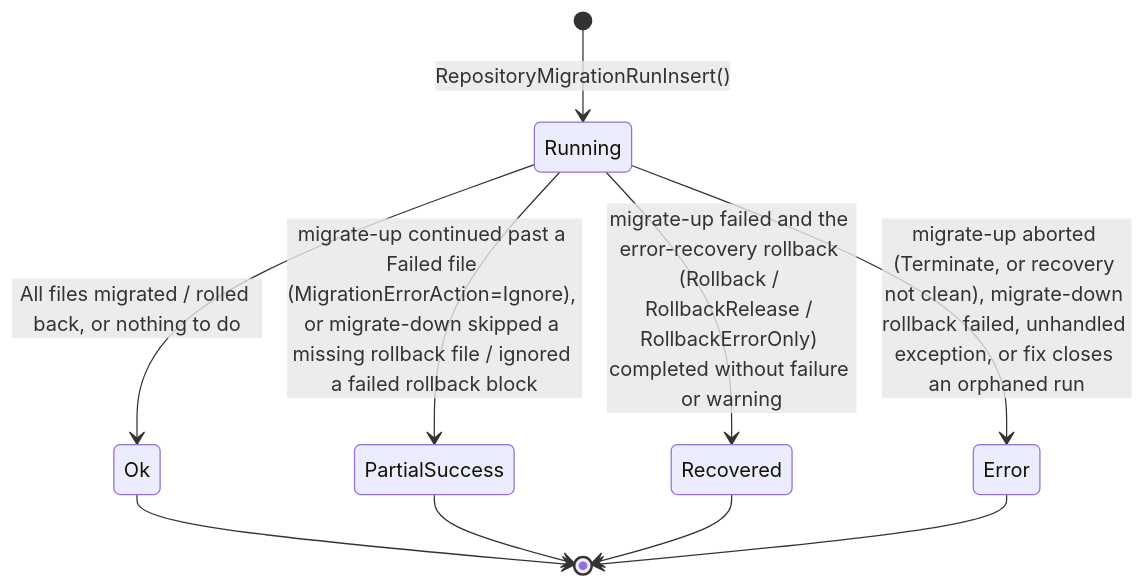
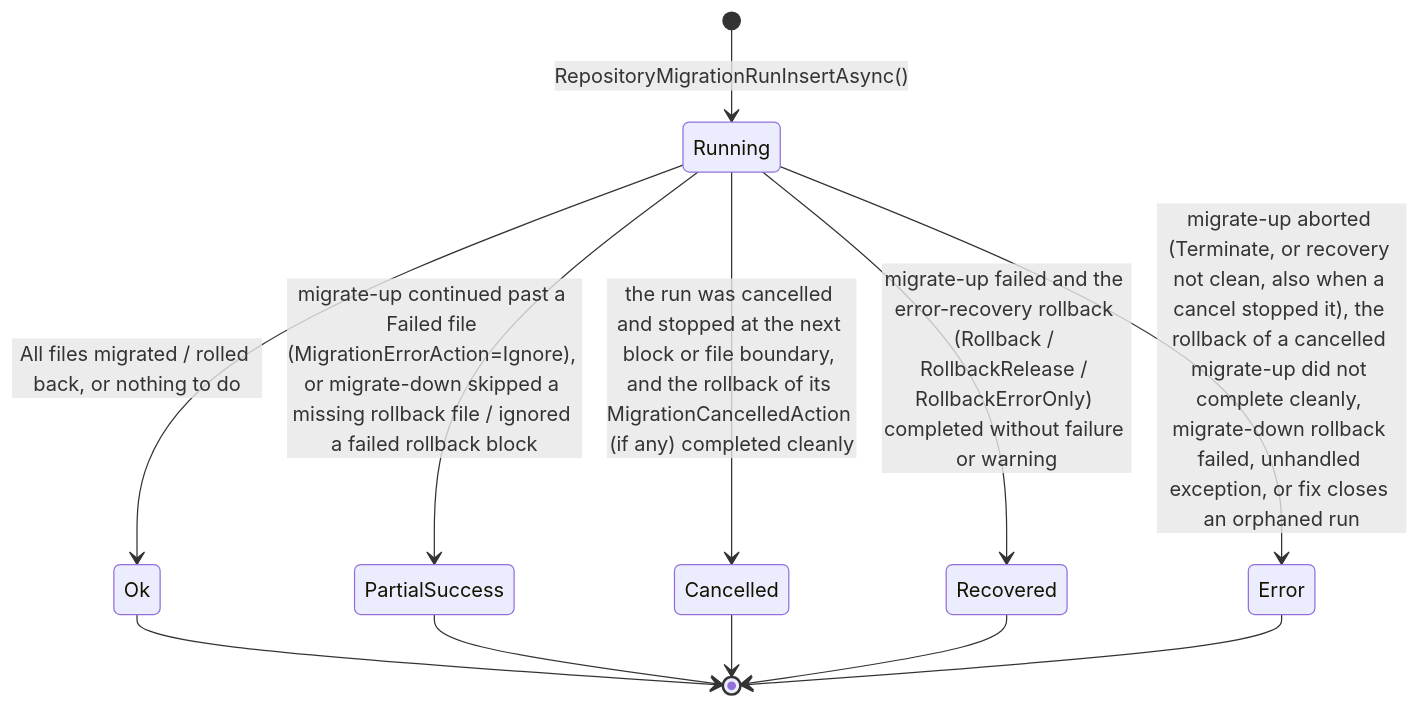
Before and after one commit to RAYCOON/RayMigrator: the ninth of 9 diagrams in Docs/01-architecture/data-flow.md, drawn with Mermaid. The commit also changed other lines of this file and 136 other files, not shown here.

````diff
--- a/Docs/01-architecture/data-flow.md
+++ b/Docs/01-architecture/data-flow.md
@@ -310,14 +314,16 @@
 ```mermaid
 stateDiagram-v2
-    [*] --> Running: RepositoryMigrationRunInsert()
+    [*] --> Running: RepositoryMigrationRunInsertAsync()
 
     Running --> Ok: All files migrated / rolled back, or nothing to do
     Running --> PartialSuccess: migrate-up continued past a Failed file (MigrationErrorAction=Ignore), or migrate-down skipped a missing rollback file / ignored a failed rollback block
+    Running --> Cancelled: the run was cancelled and stopped at the next block or file boundary, and the rollback of its MigrationCancelledAction (if any) completed cleanly
     Running --> Recovered: migrate-up failed and the error-recovery rollback (Rollback / RollbackRelease / RollbackErrorOnly) completed without failure or warning
-    Running --> Error: migrate-up aborted (Terminate, or recovery not clean), migrate-down rollback failed, unhandled exception, or fix closes an orphaned run
+    Running --> Error: migrate-up aborted (Terminate, or recovery not clean, also when a cancel stopped it), the rollback of a cancelled migrate-up did not complete cleanly, migrate-down rollback failed, unhandled exception, or fix closes an orphaned run
 
     Ok --> [*]
     PartialSuccess --> [*]
+    Cancelled --> [*]
     Recovered --> [*]
     Error --> [*]
 ```
````
